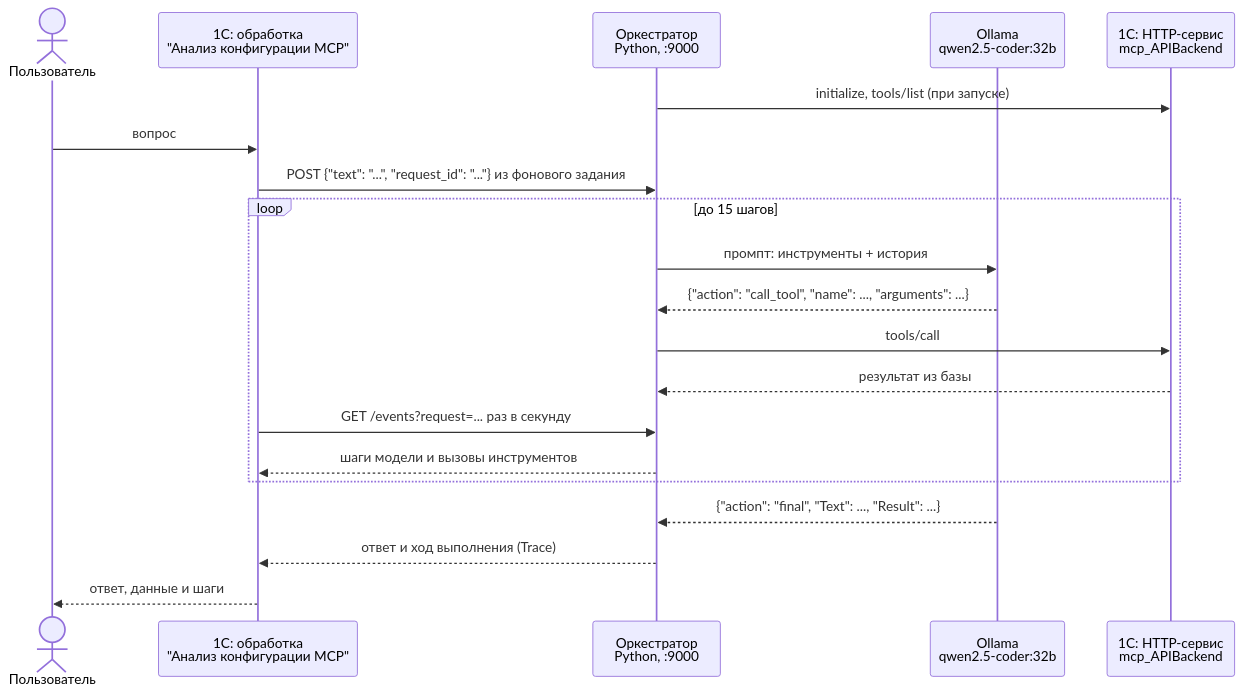
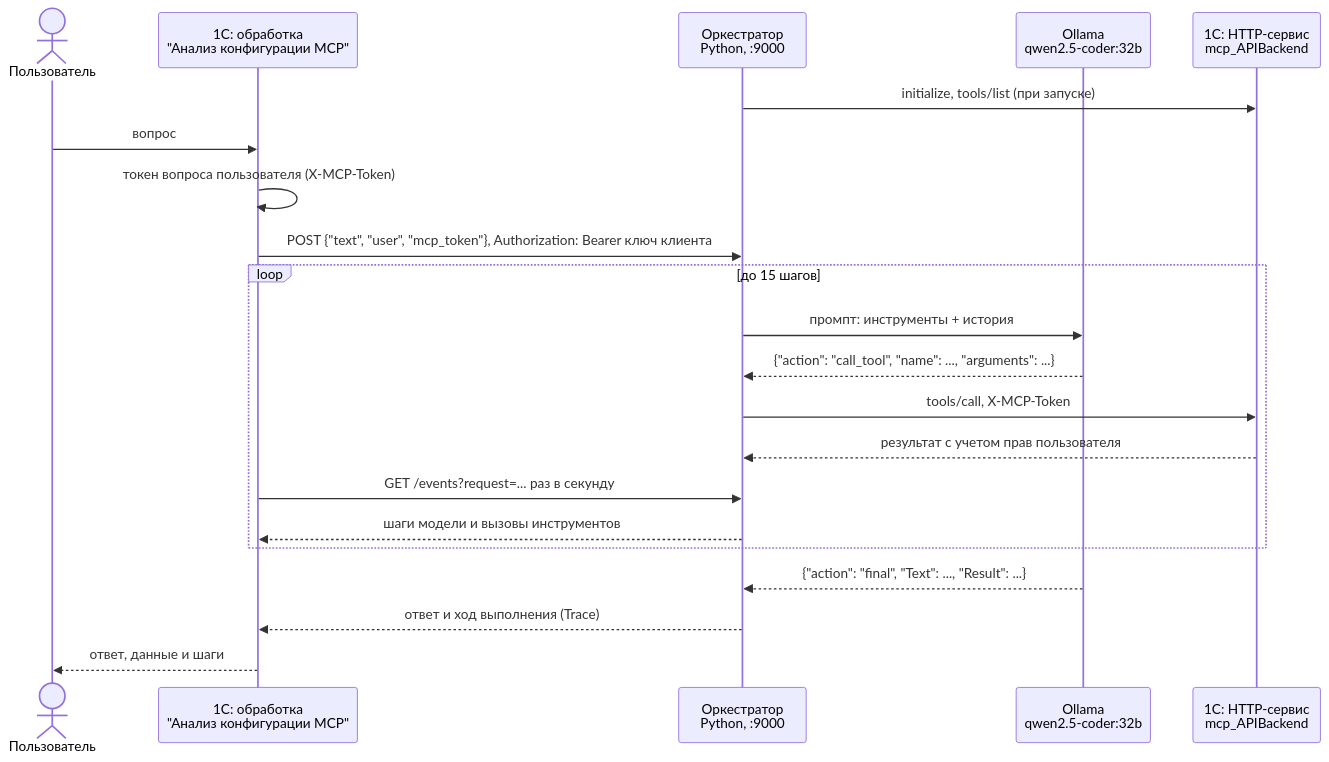
One commit to Kickfok/1c-mcp-ollama changed the diagram in README.md. Above: the diagram before and after it, drawn with Mermaid. The commit also changed other lines of this file and 7 other files, not shown here.

````diff
--- a/README.md
+++ b/README.md
@@ -312,23 +322,24 @@
 ```mermaid
 sequenceDiagram
     actor U as Пользователь
     participant F as 1С: обработка<br>"Анализ конфигурации MCP"
     participant O as Оркестратор<br>Python, :9000
     participant L as Ollama<br>qwen2.5-coder:32b
     participant M as 1С: HTTP-сервис<br>mcp_APIBackend
 
     O->>M: initialize, tools/list (при запуске)
     U->>F: вопрос
-    F->>O: POST {"text": "...", "request_id": "..."} из фонового задания
+    F->>F: токен вопроса пользователя (X-MCP-Token)
+    F->>O: POST {"text", "user", "mcp_token"}, Authorization: Bearer ключ клиента
     loop до 15 шагов
         O->>L: промпт: инструменты + история
         L-->>O: {"action": "call_tool", "name": ..., "arguments": ...}
-        O->>M: tools/call
-        M-->>O: результат из базы
+        O->>M: tools/call, X-MCP-Token
+        M-->>O: результат с учетом прав пользователя
         F->>O: GET /events?request=... раз в секунду
         O-->>F: шаги модели и вызовы инструментов
     end
     L-->>O: {"action": "final", "Text": ..., "Result": ...}
     O-->>F: ответ и ход выполнения (Trace)
     F-->>U: ответ, данные и шаги
 ```
````
